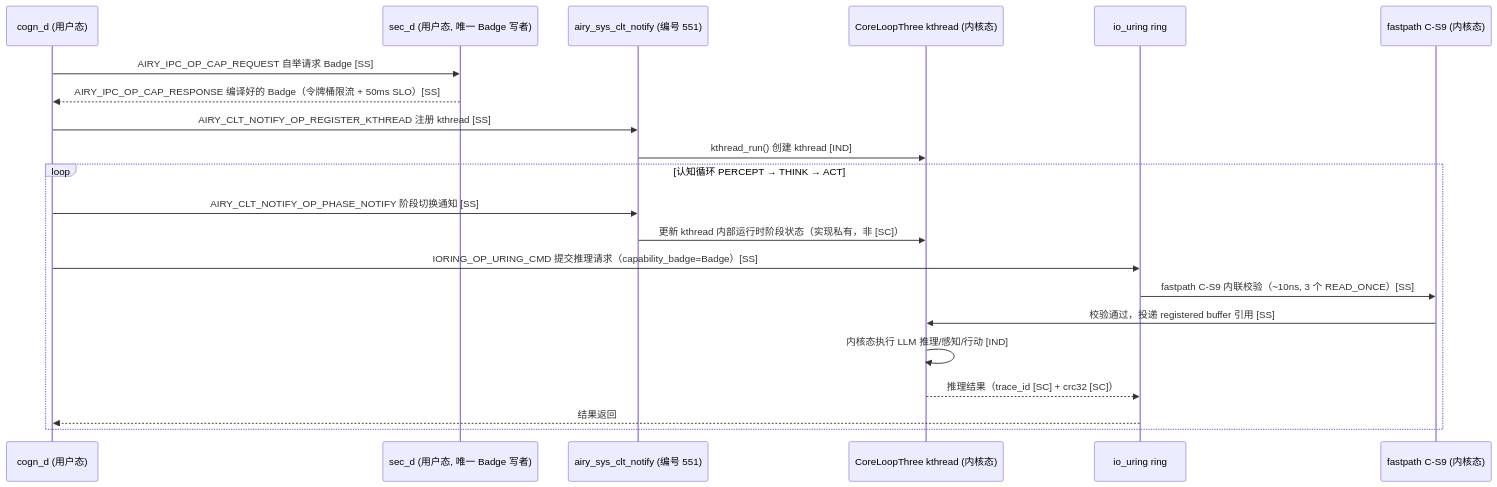
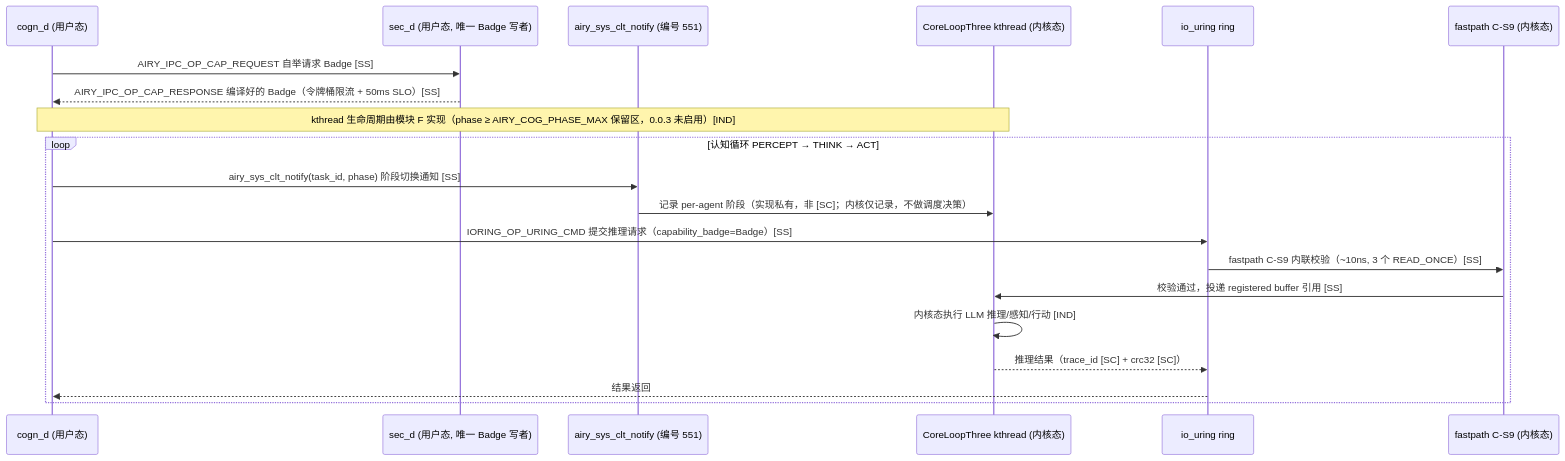
One commit to openairymax/docs-linux changed the second of 3 diagrams in 20-modules/05-cognition.md. Above: the diagram before and after it, drawn with Mermaid. The commit also changed other lines of this file and 20 other files, not shown here.

Commit message:
docs: 对齐 551 认知阶段记录设计与实现 syscall 551（airy_sys_clt_notify）的历史文档仍残留 op/arg 双参 + AIRY_CLT_* op 宏的旧 8-op 模型，与已冻结契约（phase 统一操作码） 不一致，导致接口表、编号注册表、契约、数据流等 21 份文档出现漂移，

````diff
--- a/20-modules/05-cognition.md
+++ b/20-modules/05-cognition.md
@@ -453,27 +452,26 @@
 ```mermaid
 sequenceDiagram
     participant COGN as cogn_d (用户态)
     participant SECD as sec_d (用户态, 唯一 Badge 写者)
     participant SYSCALL as airy_sys_clt_notify (编号 551)
     participant KTHREAD as CoreLoopThree kthread (内核态)
     participant IPC as io_uring ring
     participant CS9 as fastpath C-S9 (内核态)
 
     COGN->>SECD: AIRY_IPC_OP_CAP_REQUEST 自举请求 Badge [SS]
     SECD-->>COGN: AIRY_IPC_OP_CAP_RESPONSE 编译好的 Badge（令牌桶限流 + 50ms SLO）[SS]
 
-    COGN->>SYSCALL: AIRY_CLT_NOTIFY_OP_REGISTER_KTHREAD 注册 kthread [SS]
-    SYSCALL->>KTHREAD: kthread_run() 创建 kthread [IND]
+    Note over COGN,KTHREAD: kthread 生命周期由模块 F 实现（phase ≥ AIRY_COG_PHASE_MAX 保留区，0.0.3 未启用）[IND]
 
     loop 认知循环 PERCEPT → THINK → ACT
-        COGN->>SYSCALL: AIRY_CLT_NOTIFY_OP_PHASE_NOTIFY 阶段切换通知 [SS]
-        SYSCALL->>KTHREAD: 更新 kthread 内部运行时阶段状态（实现私有，非 [SC]）
+        COGN->>SYSCALL: airy_sys_clt_notify(task_id, phase) 阶段切换通知 [SS]
+        SYSCALL->>KTHREAD: 记录 per-agent 阶段（实现私有，非 [SC]；内核仅记录，不做调度决策）
 
         COGN->>IPC: IORING_OP_URING_CMD 提交推理请求（capability_badge=Badge）[SS]
         IPC->>CS9: fastpath C-S9 内联校验（~10ns, 3 个 READ_ONCE）[SS]
         CS9->>KTHREAD: 校验通过，投递 registered buffer 引用 [SS]
         KTHREAD->>KTHREAD: 内核态执行 LLM 推理/感知/行动 [IND]
         KTHREAD-->>IPC: 推理结果（trace_id [SC] + crc32 [SC]）
         IPC-->>COGN: 结果返回
     end
 ```
````
